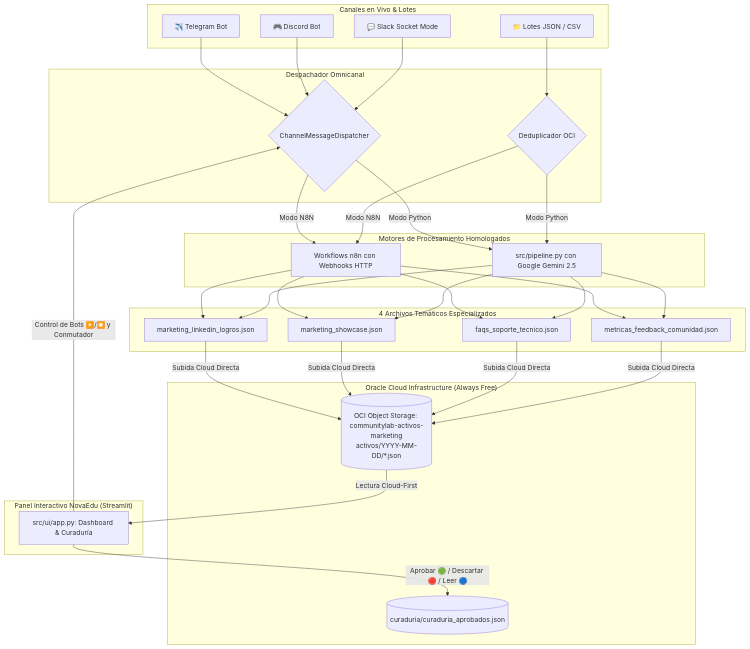
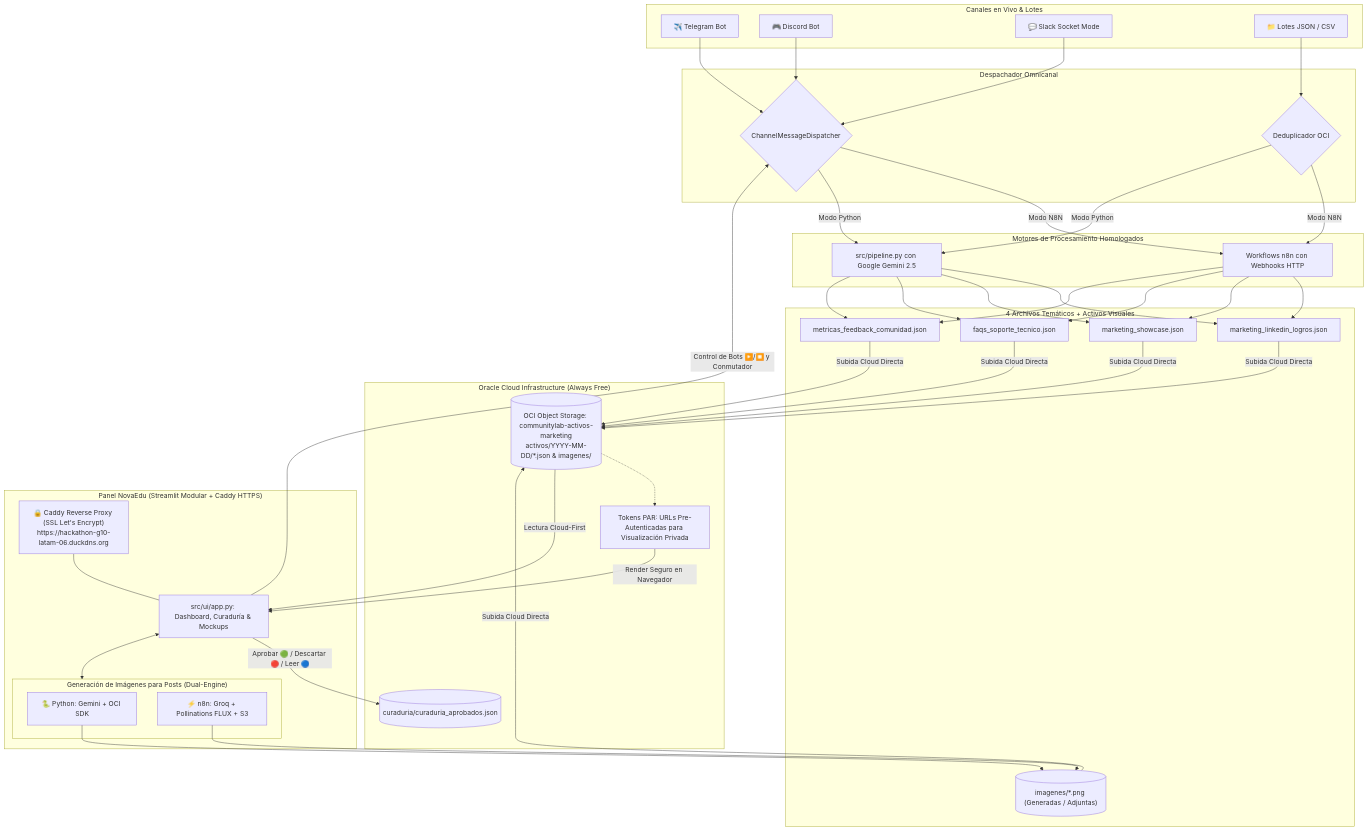
One commit to No-Country-simulation/G10-LATAM-equipo6-CommunityLab changed the diagram in README.md. Above: the diagram before and after it, drawn with Mermaid. The commit also changed other lines of this file and 5 other files, not shown here.

Commit message:
docs: actualizar documentacion integral con generador de imagenes dual-engine, soporte PAR OCI, despliegue SSL Caddy y 82 tests

````diff
--- a/README.md
+++ b/README.md
@@ -26,37 +28,48 @@
 ```mermaid
 flowchart TD
     subgraph INGESTA_EN_VIVO ["Canales en Vivo & Lotes"]
         TG[✈️ Telegram Bot]
         DC[🎮 Discord Bot]
         SL[💬 Slack Socket Mode]
         BATCH[📁 Lotes JSON / CSV]
     end
 
     subgraph DISPATCHER ["Despachador Omnicanal"]
         TG & DC & SL --> DISP{ChannelMessageDispatcher}
         BATCH --> DEDUP{Deduplicador OCI}
     end
 
     subgraph DUAL_ENGINE ["Motores de Procesamiento Homologados"]
         DISP & DEDUP -->|Modo N8N| N8N[Workflows n8n con Webhooks HTTP]
         DISP & DEDUP -->|Modo Python| PY[src/pipeline.py con Google Gemini 2.5]
     end
 
-    subgraph ESPECIALIZACION ["4 Archivos Temáticos Especializados"]
+    subgraph DUAL_IMG ["Generación de Imágenes para Posts (Dual-Engine)"]
+        IMG_PY[🐍 Python: Gemini + OCI SDK]
+        IMG_N8N[⚡ n8n: Groq + Pollinations FLUX + S3]
+    end
+
+    subgraph ESPECIALIZACION ["4 Archivos Temáticos + Activos Visuales"]
         N8N & PY --> ARCH1[marketing_linkedin_logros.json]
         N8N & PY --> ARCH2[marketing_showcase.json]
         N8N & PY --> ARCH3[faqs_soporte_tecnico.json]
         N8N & PY --> ARCH4[metricas_feedback_comunidad.json]
+        IMG_PY & IMG_N8N --> IMGS[("imagenes/*.png (Generadas / Adjuntas)")]
     end
 
     subgraph OCI_CLOUD ["Oracle Cloud Infrastructure (Always Free)"]
-        ARCH1 & ARCH2 & ARCH3 & ARCH4 -->|Subida Cloud Directa| BUCKET[("OCI Object Storage: communitylab-activos-marketing<br/>activos/YYYY-MM-DD/*.json")]
+        ARCH1 & ARCH2 & ARCH3 & ARCH4 & IMGS -->|Subida Cloud Directa| BUCKET[("OCI Object Storage: communitylab-activos-marketing<br/>activos/YYYY-MM-DD/*.json & imagenes/")]
         CUR_DATA[("curaduria/curaduria_aprobados.json")]
+        PAR["Tokens PAR: URLs Pre-Autenticadas para Visualización Privada"]
+        BUCKET -.-> PAR
     end
 
-    subgraph STREAMLIT_PANEL ["Panel Interactivo NovaEdu (Streamlit)"]
-        BUCKET -->|Lectura Cloud-First| UI[src/ui/app.py: Dashboard & Curaduría]
+    subgraph STREAMLIT_PANEL ["Panel NovaEdu (Streamlit Modular + Caddy HTTPS)"]
+        PAR -->|Render Seguro en Navegador| UI[src/ui/app.py: Dashboard, Curaduría & Mockups]
+        BUCKET -->|Lectura Cloud-First| UI
         UI -->|Aprobar 🟢 / Descartar 🔴 / Leer 🔵| CUR_DATA
         UI -->|Control de Bots ▶️/⏹️ y Conmutador| DISP
+        UI <--> DUAL_IMG
+        CADDY["🔒 Caddy Reverse Proxy (SSL Let's Encrypt)<br/>https://hackathon-g10-latam-06.duckdns.org"] --- UI
     end
 ```
````
